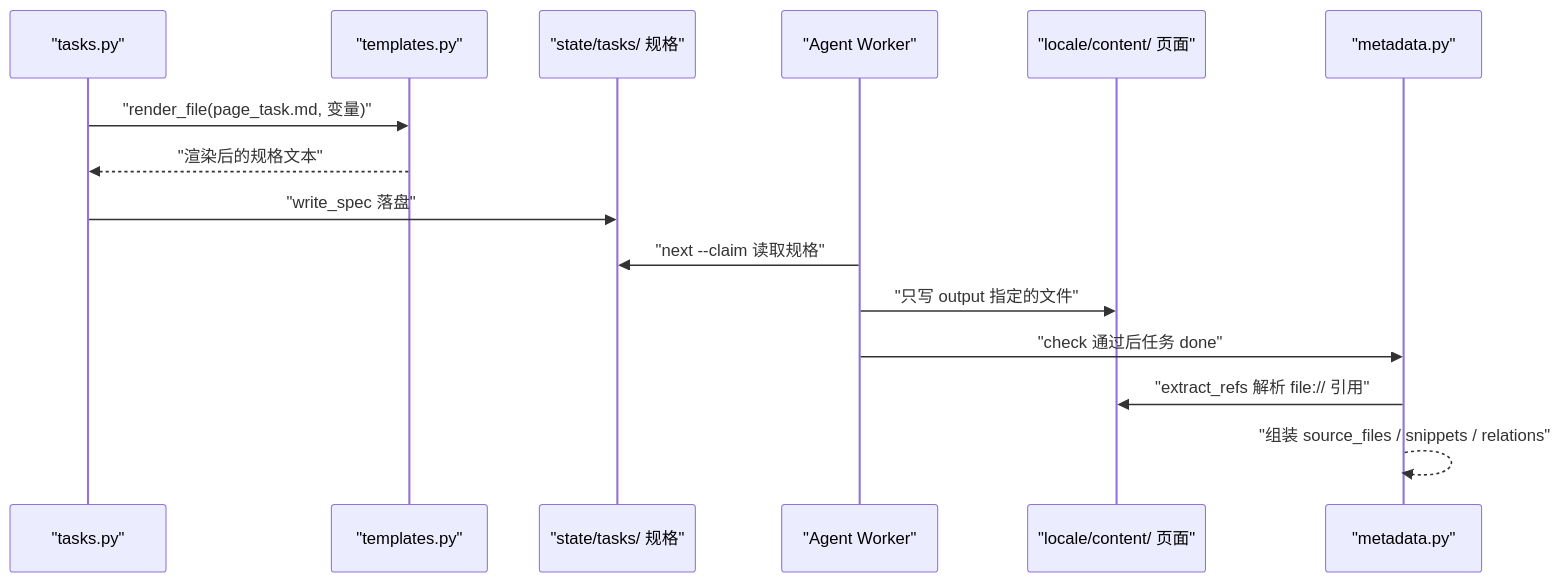
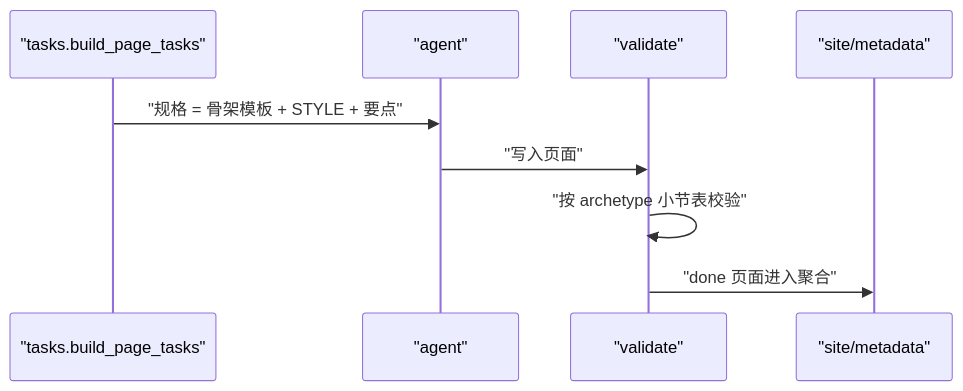
The second of 3 diagrams in .repowiki/zh/content/内容产出与模板/内容产出与模板.md (luomsis/repowiki), drawn with Mermaid before and after one commit. The commit also changed other lines of this file and 100 other files, not shown here.

````diff
--- a/.repowiki/zh/content/内容产出与模板/内容产出与模板.md
+++ b/.repowiki/zh/content/内容产出与模板/内容产出与模板.md
@@ -99,17 +87,11 @@
 ```mermaid
 sequenceDiagram
-participant Tasks as "tasks.py"
-participant Tpl as "templates.py"
-participant Spec as "state/tasks/ 规格"
-participant Worker as "Agent Worker"
- participant Page as "locale/content/ 页面"
-participant Meta as "metadata.py"
-Tasks->>Tpl : "render_file(page_task.md, 变量)"
-Tpl-->>Tasks : "渲染后的规格文本"
-Tasks->>Spec : "write_spec 落盘"
-Worker->>Spec : "next --claim 读取规格"
-Worker->>Page : "只写 output 指定的文件"
-Worker->>Meta : "check 通过后任务 done"
-Meta->>Page : "extract_refs 解析 file:// 引用"
-Meta-->>Meta : "组装 source_files / snippets / relations"
+participant T as "tasks.build_page_tasks"
+participant A as "agent"
+participant V as "validate"
+participant S as "site/metadata"
+T->>A : "规格 = 骨架模板 + STYLE + 要点"
+A->>V : "写入页面"
+V->>V : "按 archetype 小节表校验"
+V->>S : "done 页面进入聚合"
 ```
````
